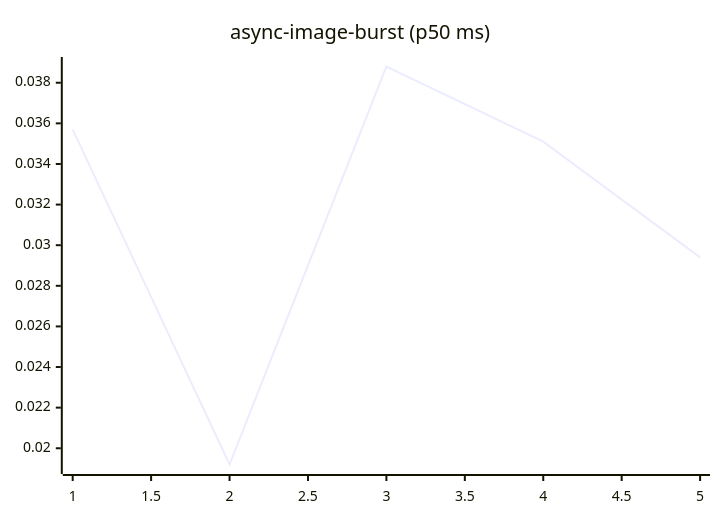
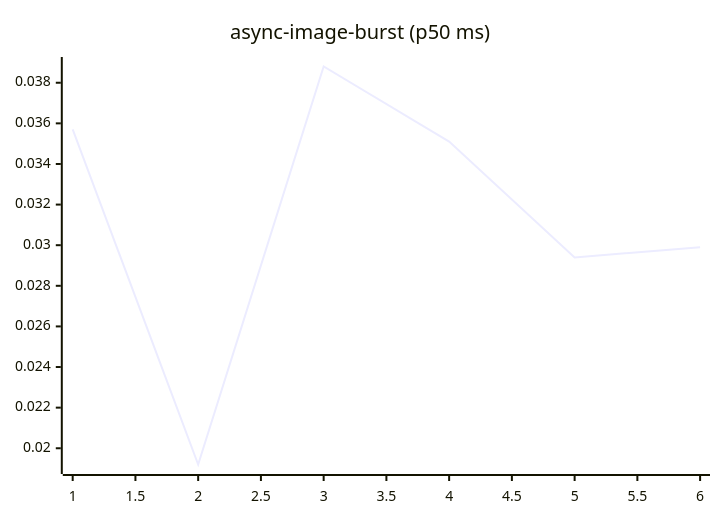
Before and after one commit to josha/Facet: the fourth of 27 diagrams in README.md, drawn with Mermaid. The commit also changed other lines of this file and 2 other files, not shown here.

````diff
--- a/README.md
+++ b/README.md
@@ -84,6 +84,6 @@
 ```mermaid
 xychart-beta
     title "async-image-burst (p50 ms)"
-    x-axis 1 --> 5
-    line [0.0357, 0.0192, 0.0388, 0.0351, 0.0294]
+    x-axis 1 --> 6
+    line [0.0357, 0.0192, 0.0388, 0.0351, 0.0294, 0.0299]
 ```
````
